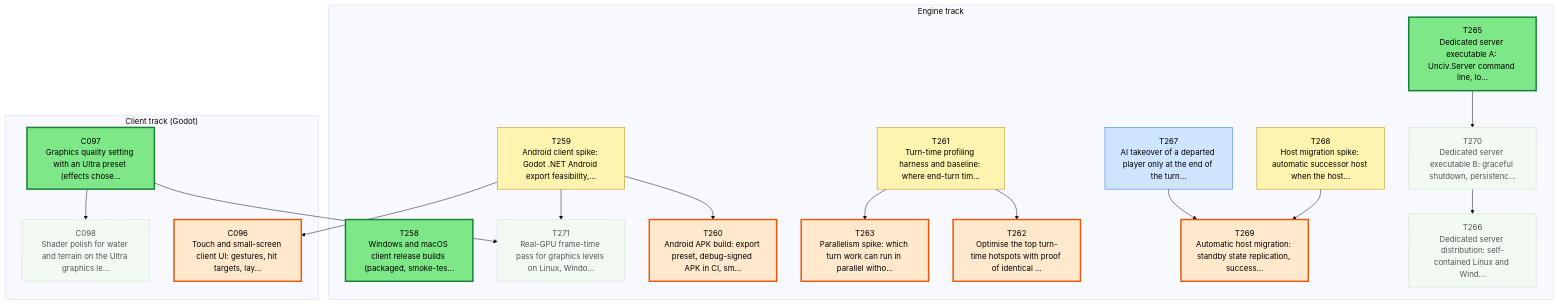
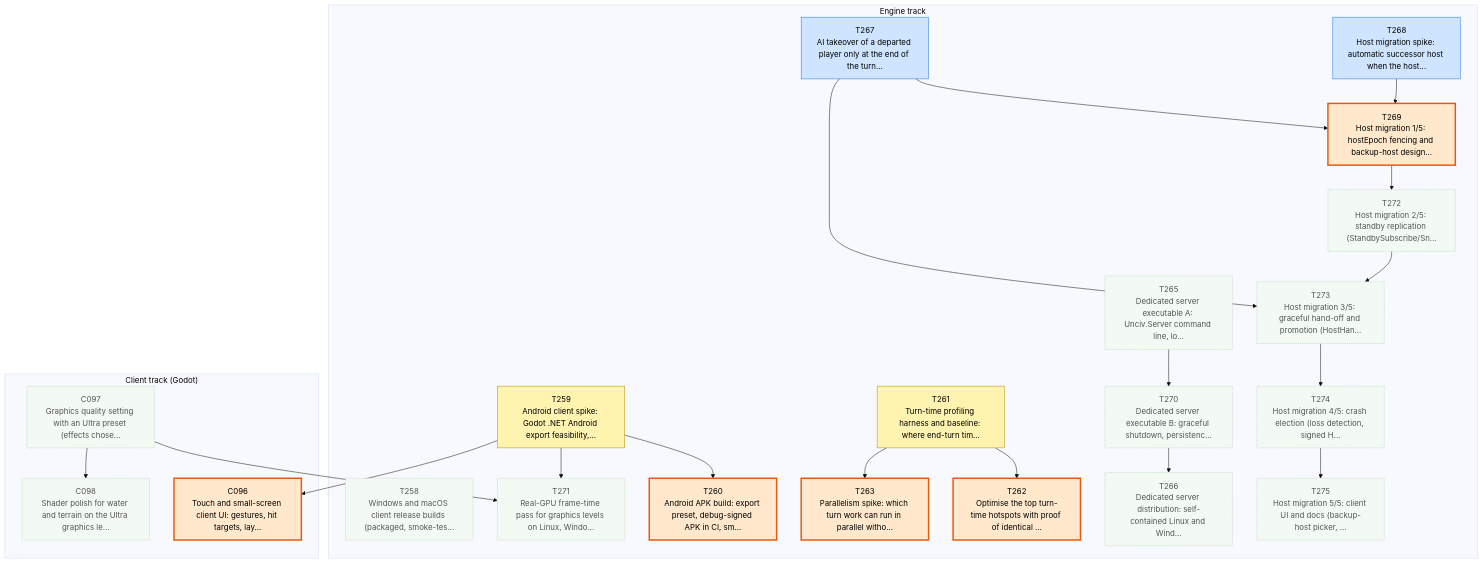
Before and after one commit to Kenmura/Unciv: the first of 3 diagrams in csharp/migration/DEPENDENCY_MAP.md, drawn with Mermaid (base theme). The commit also changed other lines of this file and 8 other files, not shown here.

````diff
--- a/csharp/migration/DEPENDENCY_MAP.md
+++ b/csharp/migration/DEPENDENCY_MAP.md
@@ -35,57 +35,70 @@
 ```mermaid
 flowchart TD
   subgraph TTRACK["Engine track"]
     T258["T258<br/>Windows and macOS client release builds (packaged, smoke-tes..."]
     T259["T259<br/>Android client spike: Godot .NET Android export feasibility,..."]
     T260["T260<br/>Android APK build: export preset, debug-signed APK in CI, sm..."]
     T261["T261<br/>Turn-time profiling harness and baseline: where end-turn tim..."]
     T262["T262<br/>Optimise the top turn-time hotspots with proof of identical ..."]
     T263["T263<br/>Parallelism spike: which turn work can run in parallel witho..."]
     T265["T265<br/>Dedicated server executable A: Unciv.Server command line, lo..."]
     T266["T266<br/>Dedicated server distribution: self-contained Linux and Wind..."]
     T267["T267<br/>AI takeover of a departed player only at the end of the turn..."]
     T268["T268<br/>Host migration spike: automatic successor host when the host..."]
-    T269["T269<br/>Automatic host migration: standby state replication, success..."]
+    T269["T269<br/>Host migration 1/5: hostEpoch fencing and backup-host design..."]
     T270["T270<br/>Dedicated server executable B: graceful shutdown, persistenc..."]
     T271["T271<br/>Real-GPU frame-time pass for graphics levels on Linux, Windo..."]
+    T272["T272<br/>Host migration 2/5: standby replication (StandbySubscribe/Sn..."]
+    T273["T273<br/>Host migration 3/5: graceful hand-off and promotion (HostHan..."]
+    T274["T274<br/>Host migration 4/5: crash election (loss detection, signed H..."]
+    T275["T275<br/>Host migration 5/5: client UI and docs (backup-host picker, ..."]
   end
   subgraph CTRACK["Client track (Godot)"]
     C096["C096<br/>Touch and small-screen client UI: gestures, hit targets, lay..."]
     C097["C097<br/>Graphics quality setting with an Ultra preset (effects chose..."]
     C098["C098<br/>Shader polish for water and terrain on the Ultra graphics le..."]
   end
   T259 --> T260
   T261 --> T262
   T261 --> T263
   T270 --> T266
   T268 --> T269
   T267 --> T269
   T265 --> T270
   T259 --> T271
   C097 --> T271
+  T269 --> T272
+  T272 --> T273
+  T267 --> T273
+  T273 --> T274
+  T274 --> T275
   T259 --> C096
   C097 --> C098
   classDef waiting fill:#f3faf3,stroke:#9bc49b,color:#555,stroke-dasharray:2 2
   classDef ondeck fill:#ffe8cc,stroke:#e8590c,stroke-width:3px,color:#000
   classDef ready fill:#7ee787,stroke:#1a7f37,stroke-width:3px,color:#000
   classDef prog fill:#fff3b0,stroke:#b58900,color:#000
   classDef review fill:#cfe4ff,stroke:#1f6feb,color:#000
   classDef blocked fill:#ffd6d6,stroke:#c62828,color:#000
   classDef done fill:#eeeeee,stroke:#999999,color:#666,stroke-dasharray:4 3
   class C096 ondeck
-  class C097 ready
+  class C097 waiting
   class C098 waiting
-  class T258 ready
+  class T258 waiting
   class T259 prog
   class T260 ondeck
   class T261 prog
   class T262 ondeck
   class T263 ondeck
-  class T265 ready
+  class T265 waiting
   class T266 waiting
   class T267 review
-  class T268 prog
+  class T268 review
   class T269 ondeck
   class T270 waiting
   class T271 waiting
+  class T272 waiting
+  class T273 waiting
+  class T274 waiting
+  class T275 waiting
 ```
````
